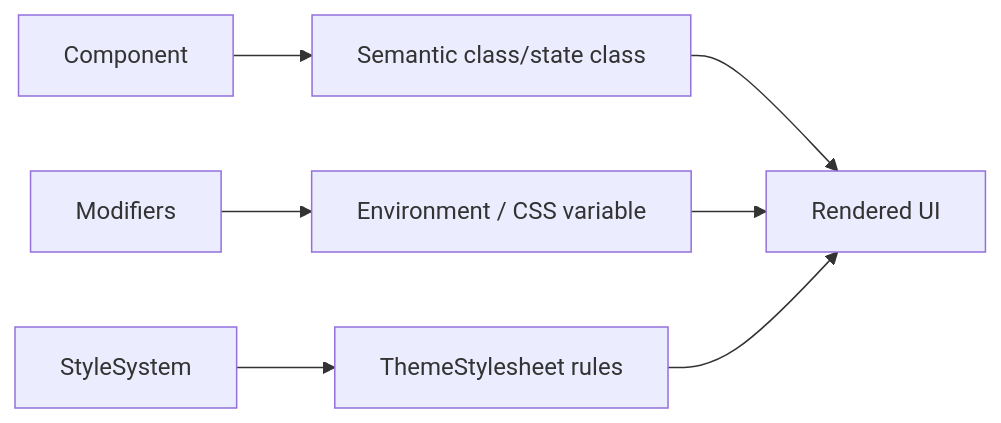
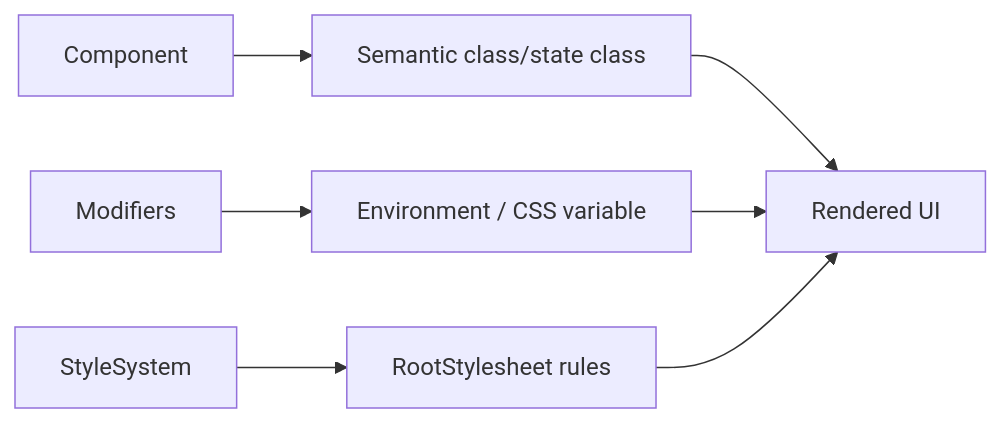
The fourth of 4 diagrams in docs/SwiftWebUIStyleDesign.md (1amageek/swift-web), drawn with Mermaid before and after one commit. The commit also changed other lines of this file and 85 other files, not shown here.

````diff
--- a/docs/SwiftWebUIStyleDesign.md
+++ b/docs/SwiftWebUIStyleDesign.md
@@ -170,9 +172,9 @@
 ```mermaid
 flowchart LR
     A["Component"] --> B["Semantic class/state class"]
     C["Modifiers"] --> D["Environment / CSS variable"]
-    E["StyleSystem"] --> F["ThemeStylesheet rules"]
+    E["StyleSystem"] --> F["RootStylesheet rules"]
     B --> G["Rendered UI"]
     D --> G
     F --> G
 ```
````
